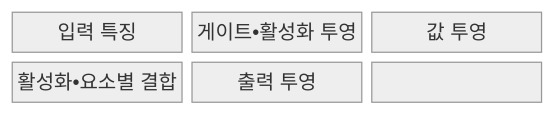
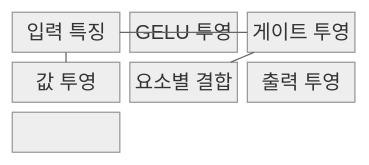
The first of 2 diagrams in src/content/docs/notes/08-latest-tech/226_swiglu_vs_gelu_activation.md (agnusdei1207/knowledge-base), drawn with Mermaid (neutral theme) before and after one commit. The commit also changed other lines of this file and 6 other files, not shown here.

````diff
--- a/src/content/docs/notes/08-latest-tech/226_swiglu_vs_gelu_activation.md
+++ b/src/content/docs/notes/08-latest-tech/226_swiglu_vs_gelu_activation.md
@@ -68,11 +74,15 @@
 ```mermaid
 block-beta
   columns 3
   N0["입력 특징"]
-  N1["게이트•활성화 투영"]
+  N1["GELU 투영"]
+  N5["게이트 투영"]
   N2["값 투영"]
-  N3["활성화•요소별 결합"]
+  N3["요소별 결합"]
   N4["출력 투영"]
-  N0 --- N1 --- N2
+  N0 --- N1 --- N4
+  N0 --- N5
+  N0 --- N2
+  N5 --- N3
   N2 --- N3 --- N4
 ```
````
